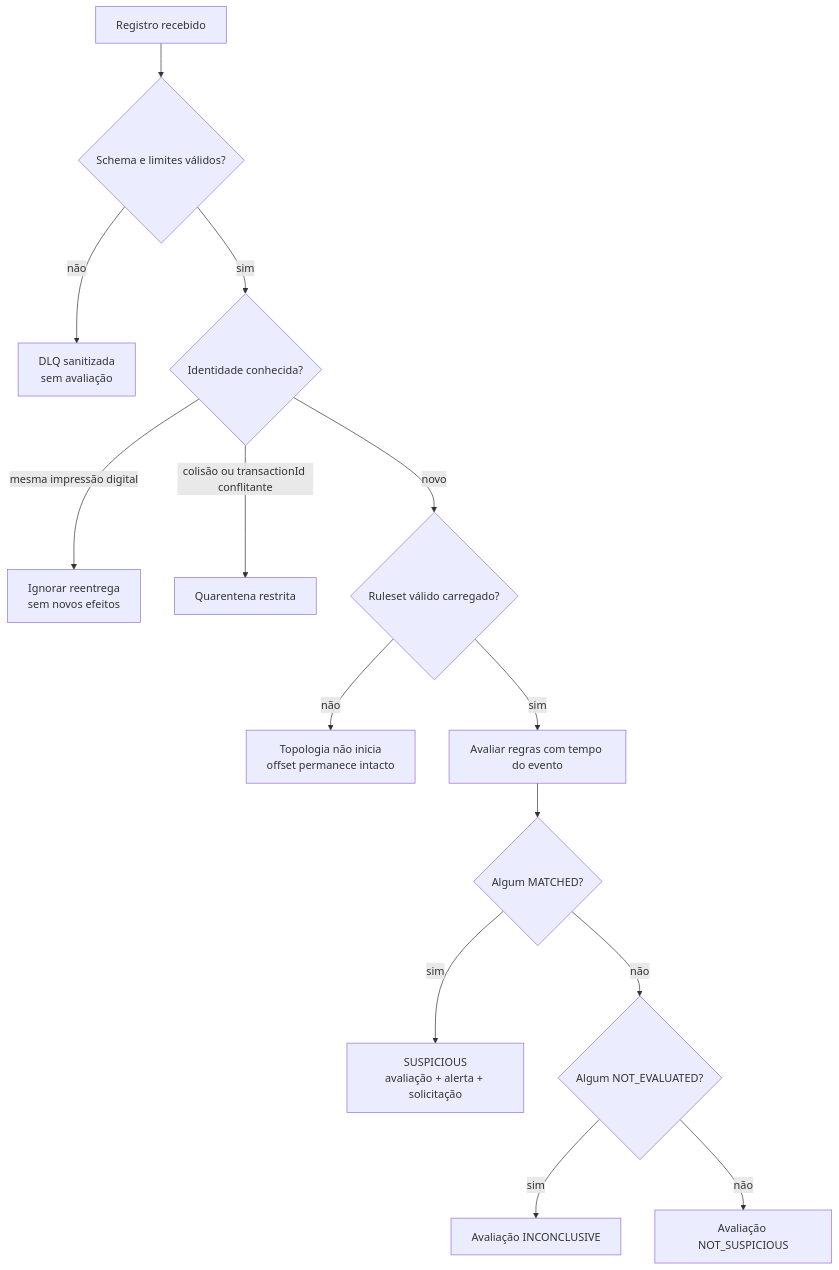
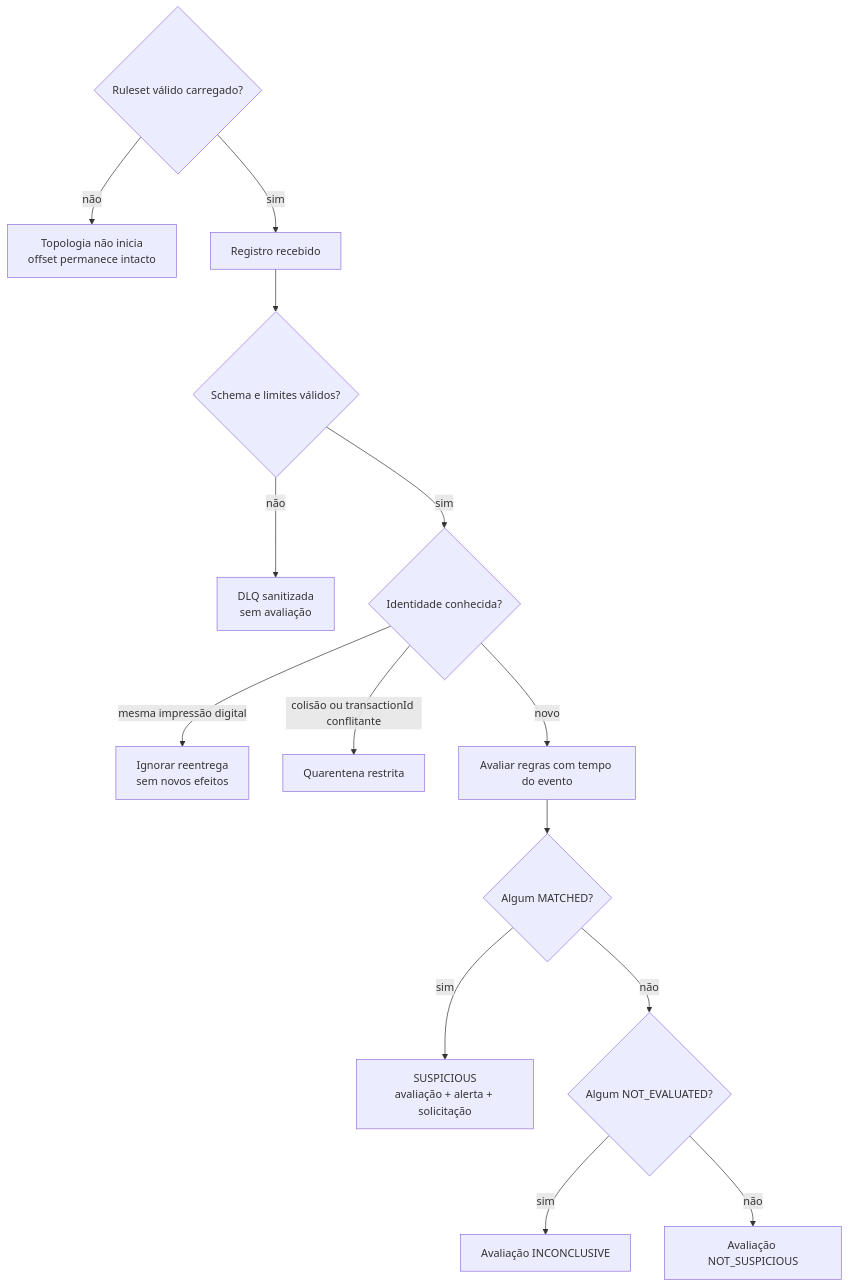
One commit to pablo-bochi/fraud-engine changed the fifth of 8 diagrams in docs/plans/2026-09-04-1738-feat-fraud-detection-engine-plan.md. Above: the diagram before and after it, drawn with Mermaid. The commit also changed other lines of this file, not shown here.

````diff
--- a/docs/plans/2026-09-04-1738-feat-fraud-detection-engine-plan.md
+++ b/docs/plans/2026-09-04-1738-feat-fraud-detection-engine-plan.md
@@ -370,16 +389,16 @@
 ```mermaid
 flowchart TB
-  Start[Registro recebido] --> Schema{Schema e limites válidos?}
+  RuleSet{Ruleset válido carregado?} -->|não| NotReady[Topologia não inicia<br/>offset permanece intacto]
+  RuleSet -->|sim| Start[Registro recebido]
+  Start --> Schema{Schema e limites válidos?}
   Schema -->|não| Invalid[DLQ sanitizada<br/>sem avaliação]
   Schema -->|sim| Identity{Identidade conhecida?}
   Identity -->|mesma impressão digital| Duplicate[Ignorar reentrega<br/>sem novos efeitos]
   Identity -->|colisão ou transactionId conflitante| Quarantine[Quarentena restrita]
-  Identity -->|novo| RuleSet{Ruleset válido carregado?}
-  RuleSet -->|não| NotReady[Topologia não inicia<br/>offset permanece intacto]
-  RuleSet -->|sim| Evaluate[Avaliar regras com tempo do evento]
+  Identity -->|novo| Evaluate[Avaliar regras com tempo do evento]
   Evaluate --> Matched{Algum MATCHED?}
   Matched -->|sim| Suspicious[SUSPICIOUS<br/>avaliação + alerta + solicitação]
   Matched -->|não| Missing{Algum NOT_EVALUATED?}
   Missing -->|sim| Inconclusive[Avaliação INCONCLUSIVE]
   Missing -->|não| Normal[Avaliação NOT_SUSPICIOUS]
 ```
````
